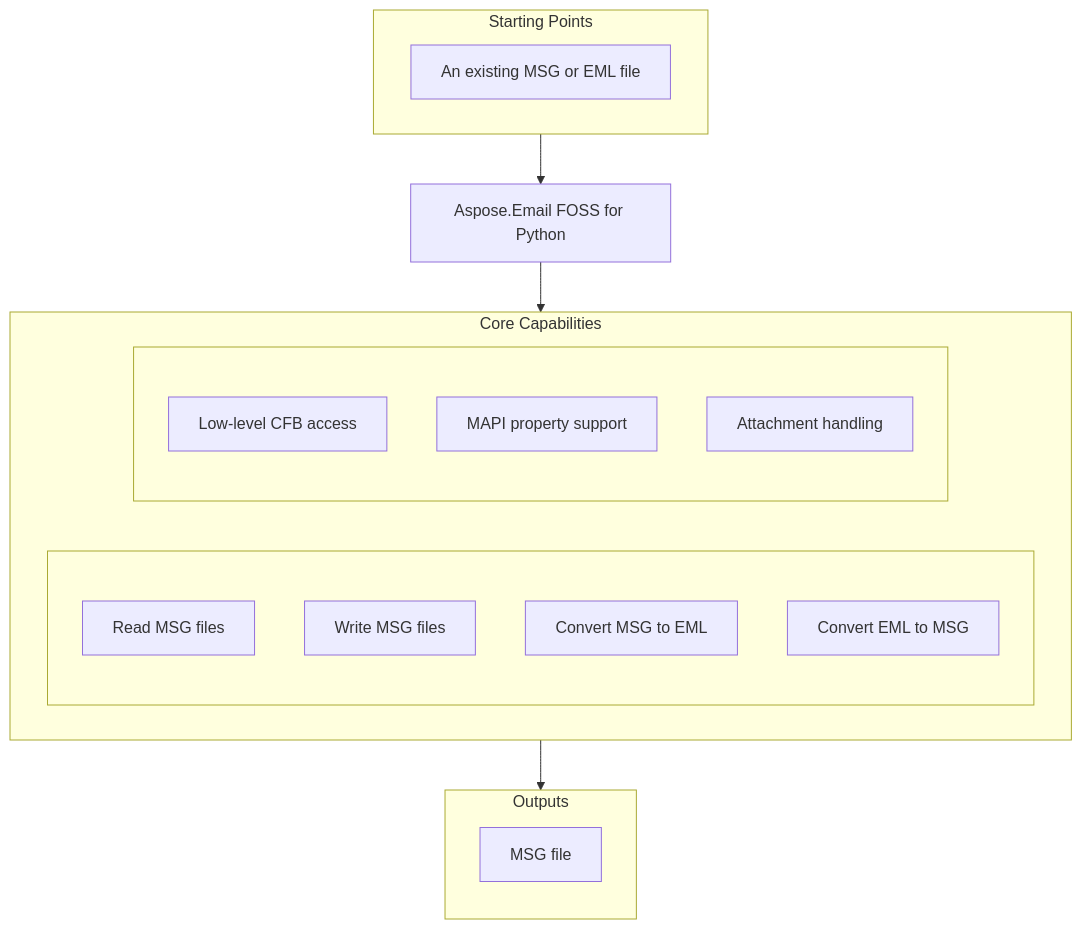
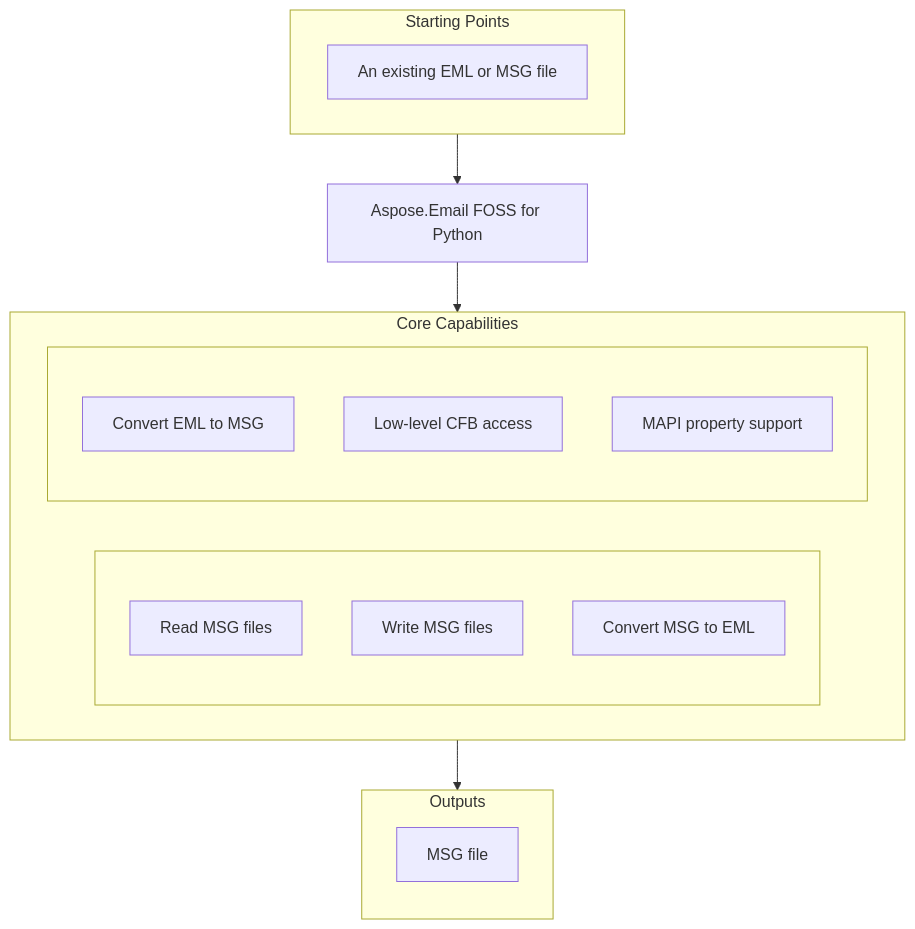
The diagram in candidates/aspose-email-foss__Aspose.Email-FOSS-for-Python/10a906b48c0c11005c4d93b524e4431901c9717c/README.md (babar-raza/repository-presenter), drawn with Mermaid before and after one commit. The commit also changed other lines of this file and 11 other files, not shown here.

````diff
--- a/candidates/aspose-email-foss__Aspose.Email-FOSS-for-Python/10a906b48c0c11005c4d93b524e4431901c9717c/README.md
+++ b/candidates/aspose-email-foss__Aspose.Email-FOSS-for-Python/10a906b48c0c11005c4d93b524e4431901c9717c/README.md
@@ -25,29 +25,28 @@
 ```mermaid
 flowchart TD
   subgraph StartingPoints["Starting Points"]
     direction LR
-    i1["An existing MSG or EML file"]
+    i1["An existing EML or MSG file"]
   end
   PRODUCT["Aspose.Email FOSS for Python"]
   subgraph Capabilities["Core Capabilities"]
     direction LR
     subgraph capl[" "]
       direction TB
       c1["Read MSG files"]
       c2["Write MSG files"]
       c3["Convert MSG to EML"]
-      c4["Convert EML to MSG"]
     end
     subgraph capr[" "]
       direction TB
+      c4["Convert EML to MSG"]
       c5["Low-level CFB access"]
       c6["MAPI property support"]
-      c7["Attachment handling"]
     end
   end
   subgraph Outputs["Outputs"]
     direction TB
     o1["MSG file"]
   end
   StartingPoints --> PRODUCT --> Capabilities --> Outputs
 ```
````
